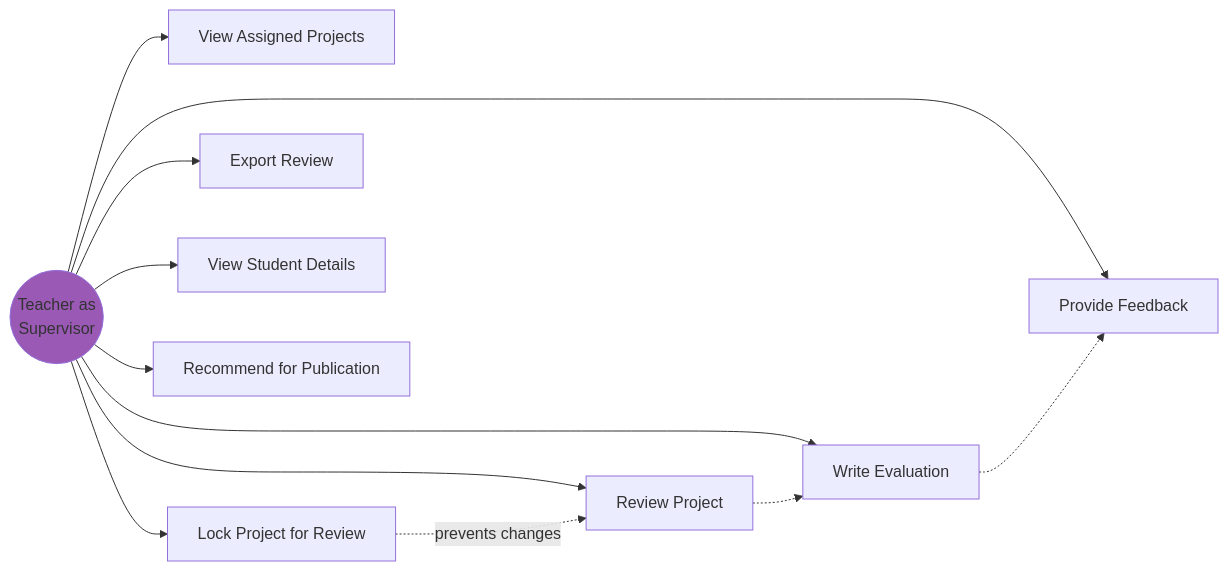
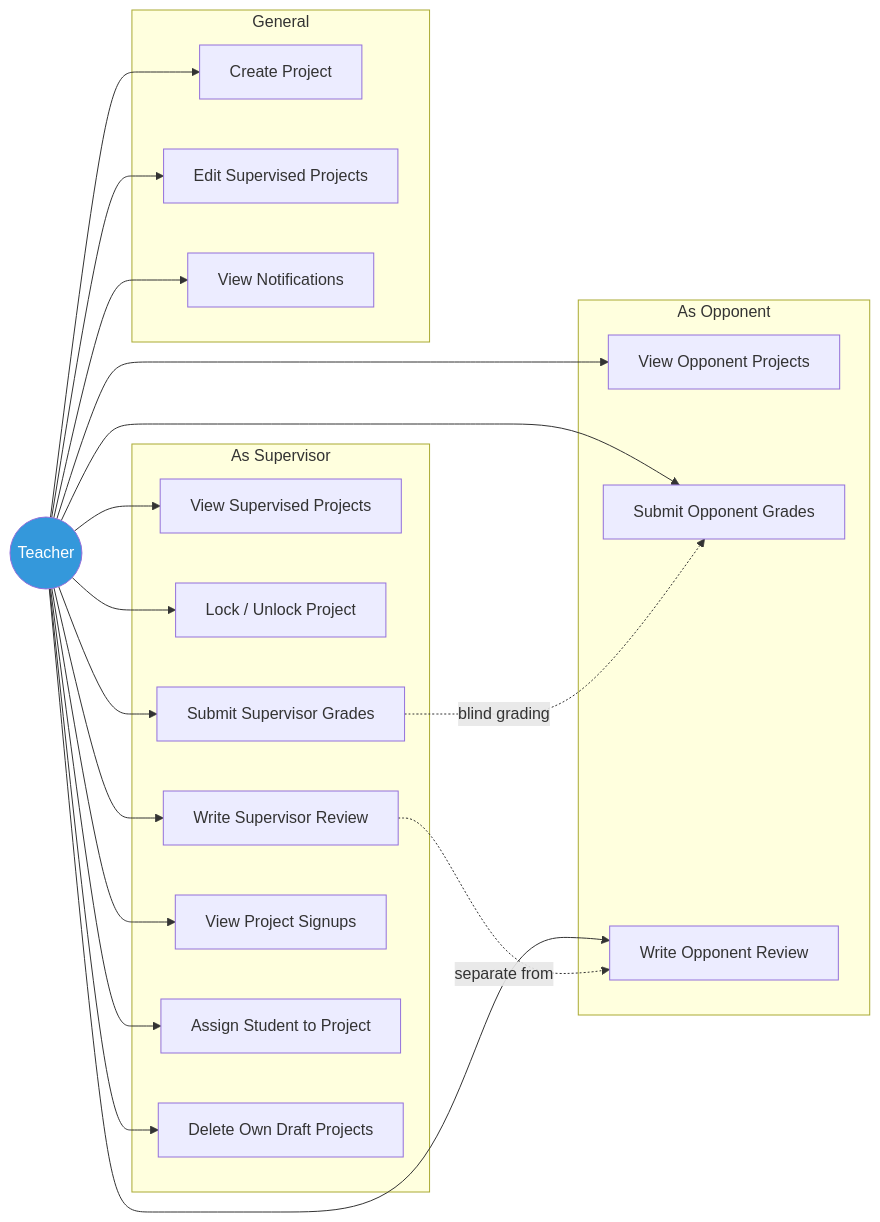
One commit to krxgq/SubmiTheses changed the fourth of 14 diagrams in docs/uml-diagrams.md. Above: the diagram before and after it, drawn with Mermaid. The commit also changed other lines of this file and 21 other files, not shown here.

Commit message:
docs: update documentation and UML diagrams

````diff
--- a/docs/uml-diagrams.md
+++ b/docs/uml-diagrams.md
@@ -87,19 +222,45 @@
 ```mermaid
 graph LR
-    Supervisor((Teacher as<br/>Supervisor))
+    Teacher((Teacher))
 
-    Supervisor --> UC1[View Assigned Projects]
-    Supervisor --> UC2[Review Project]
-    Supervisor --> UC3[Write Evaluation]
-    Supervisor --> UC4[Provide Feedback]
-    Supervisor --> UC5[Lock Project for Review]
-    Supervisor --> UC6[Export Review]
-    Supervisor --> UC7[View Student Details]
-    Supervisor --> UC8[Recommend for Publication]
+    subgraph "As Supervisor"
+        UC1[View Supervised Projects]
+        UC2[Lock / Unlock Project]
+        UC3[Submit Supervisor Grades]
+        UC4[Write Supervisor Review]
+        UC5[View Project Signups]
+        UC6[Assign Student to Project]
+        UC7[Delete Own Draft Projects]
+    end
 
-    UC2 -.-> UC3
-    UC3 -.-> UC4
-    UC5 -.-> |prevents changes| UC2
+    subgraph "As Opponent"
+        UC8[View Opponent Projects]
+        UC9[Submit Opponent Grades]
+        UC10[Write Opponent Review]
+    end
 
-    style Supervisor fill:#9b59b6
+    subgraph "General"
+        UC11[Create Project]
+        UC12[Edit Supervised Projects]
+        UC13[View Notifications]
+    end
+
+    Teacher --> UC1
+    Teacher --> UC2
+    Teacher --> UC3
+    Teacher --> UC4
+    Teacher --> UC5
+    Teacher --> UC6
+    Teacher --> UC7
+    Teacher --> UC8
+    Teacher --> UC9
+    Teacher --> UC10
+    Teacher --> UC11
+    Teacher --> UC12
+    Teacher --> UC13
+
+    UC3 -.-> |"blind grading"| UC9
+    UC4 -.-> |"separate from"| UC10
+
+    style Teacher fill:#3498db,color:#fff
 ```
````
